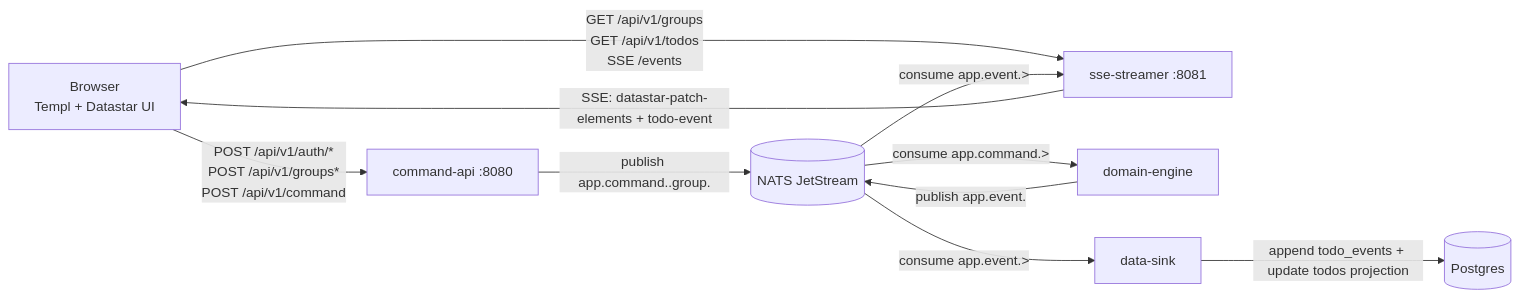
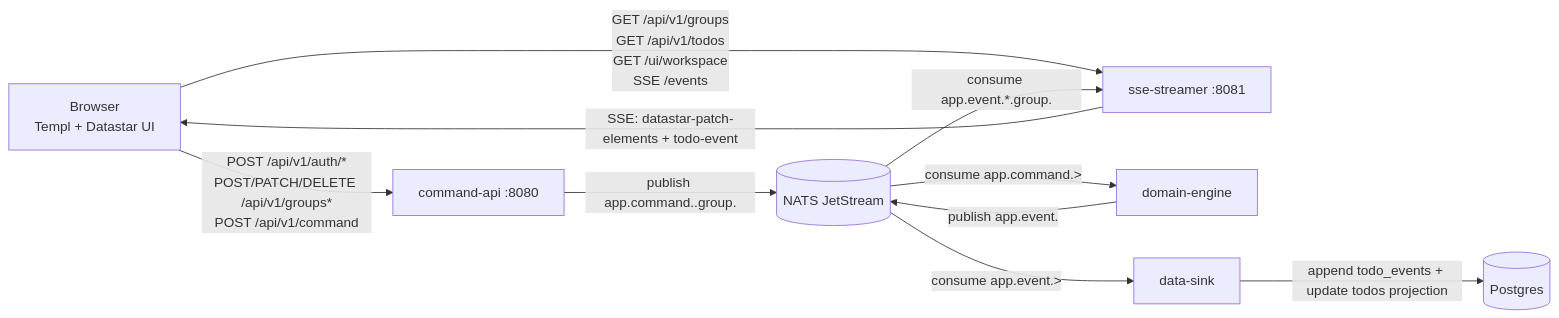
Before and after one commit to lieranderl/todo-1M: the first of 5 diagrams in README.md, drawn with Mermaid. The commit also changed other lines of this file and 8 other files, not shown here.

````diff
--- a/README.md
+++ b/README.md
@@ -20,15 +20,15 @@
 ```mermaid
 flowchart LR
-    B[Browser<br/>Templ + Datastar UI] -->|POST /api/v1/auth/*<br/>POST /api/v1/groups*<br/>POST /api/v1/command| A[command-api :8080]
-    B -->|GET /api/v1/groups<br/>GET /api/v1/todos<br/>SSE /events| S[sse-streamer :8081]
+    B[Browser<br/>Templ + Datastar UI] -->|POST /api/v1/auth/*<br/>POST/PATCH/DELETE /api/v1/groups*<br/>POST /api/v1/command| A[command-api :8080]
+    B -->|GET /api/v1/groups<br/>GET /api/v1/todos<br/>GET /ui/workspace<br/>SSE /events| S[sse-streamer :8081]
 
     A -->|publish app.command.<shard>.group.<group_id>| N[(NATS JetStream)]
     N -->|consume app.command.>| D[domain-engine]
     D -->|publish app.event.<shard>| N
 
     N -->|consume app.event.>| K[data-sink]
     K -->|append todo_events + update todos projection| P[(Postgres)]
 
-    N -->|consume app.event.>| S
+    N -->|consume app.event.*.group.<group_id>| S
     S -->|SSE: datastar-patch-elements + todo-event| B
 ```
````
